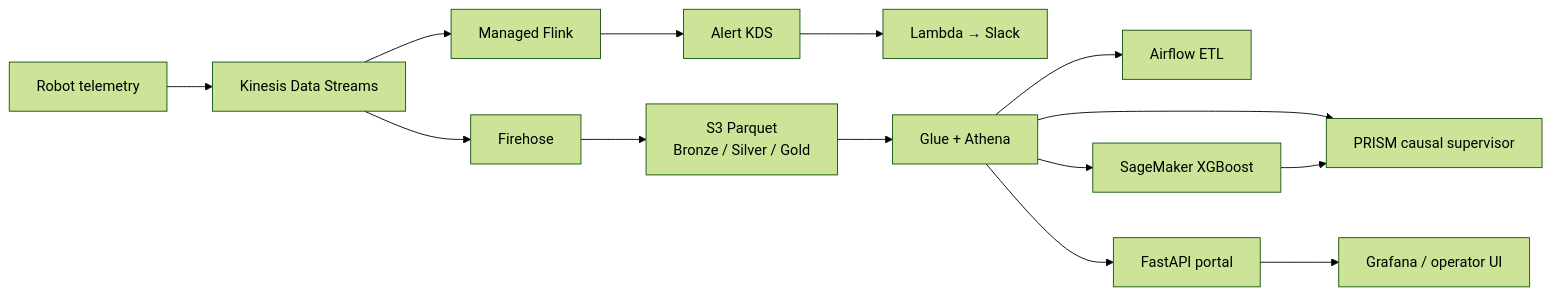
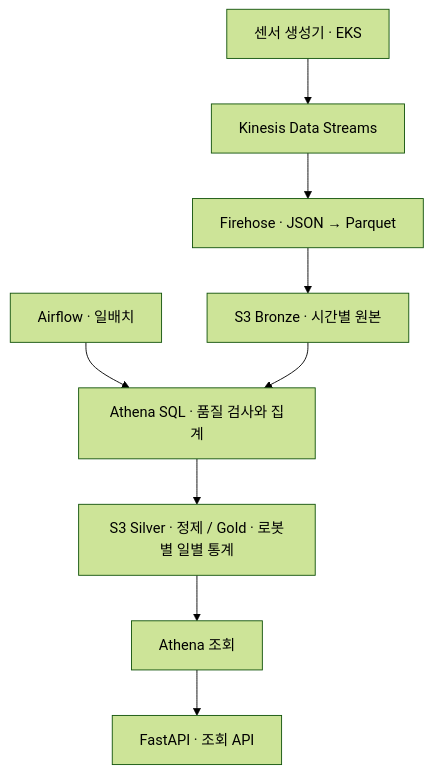
Before and after one commit to masondev1024/robot-data-pipeline: the diagram in README.md, drawn with Mermaid (forest theme). The commit also changed other lines of this file, not shown here.

````diff
--- a/README.md
+++ b/README.md
@@ -31,13 +15,8 @@
 ```mermaid
-flowchart LR
-  R["Robot telemetry"] --> KDS["Kinesis Data Streams"]
-  KDS --> FH["Firehose"] --> S3["S3 Parquet\nBronze / Silver / Gold"]
-  KDS --> FL["Managed Flink"] --> AL["Alert KDS"] --> LA["Lambda → Slack"]
-  S3 --> AT["Glue + Athena"]
-  AT --> AF["Airflow ETL"]
-  AT --> SM["SageMaker XGBoost"]
-  AT --> API["FastAPI portal"]
-  AT --> PR["PRISM causal supervisor"]
-  API --> GF["Grafana / operator UI"]
-  SM --> PR
+flowchart TD
+    Gen["센서 생성기 · EKS"] --> KDS["Kinesis Data Streams"]
+    KDS --> FH["Firehose · JSON → Parquet"] --> Raw["S3 Bronze · 시간별 원본"]
+    AF["Airflow · 일배치"] --> SQL["Athena SQL · 품질 검사와 집계"]
+    Raw --> SQL --> Out["S3 Silver · 정제 / Gold · 로봇별 일별 통계"]
+    Out --> Query["Athena 조회"] --> API["FastAPI · 조회 API"]
 ```
````
